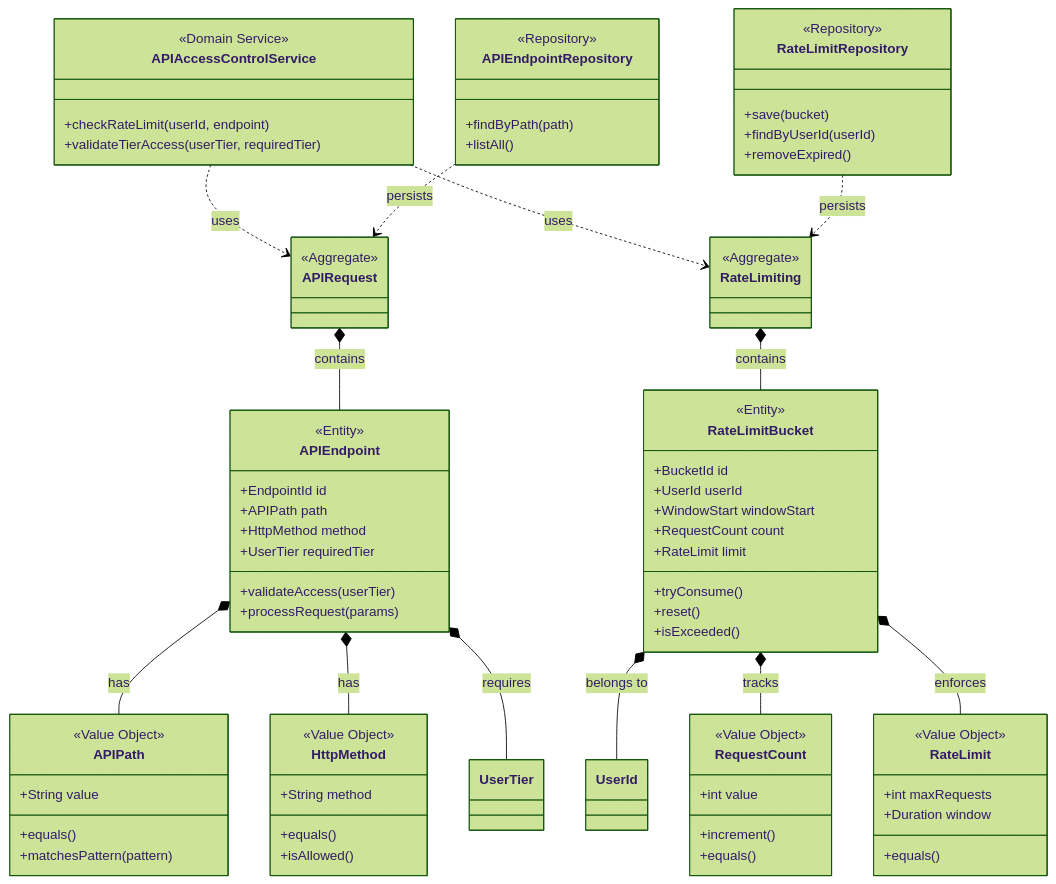
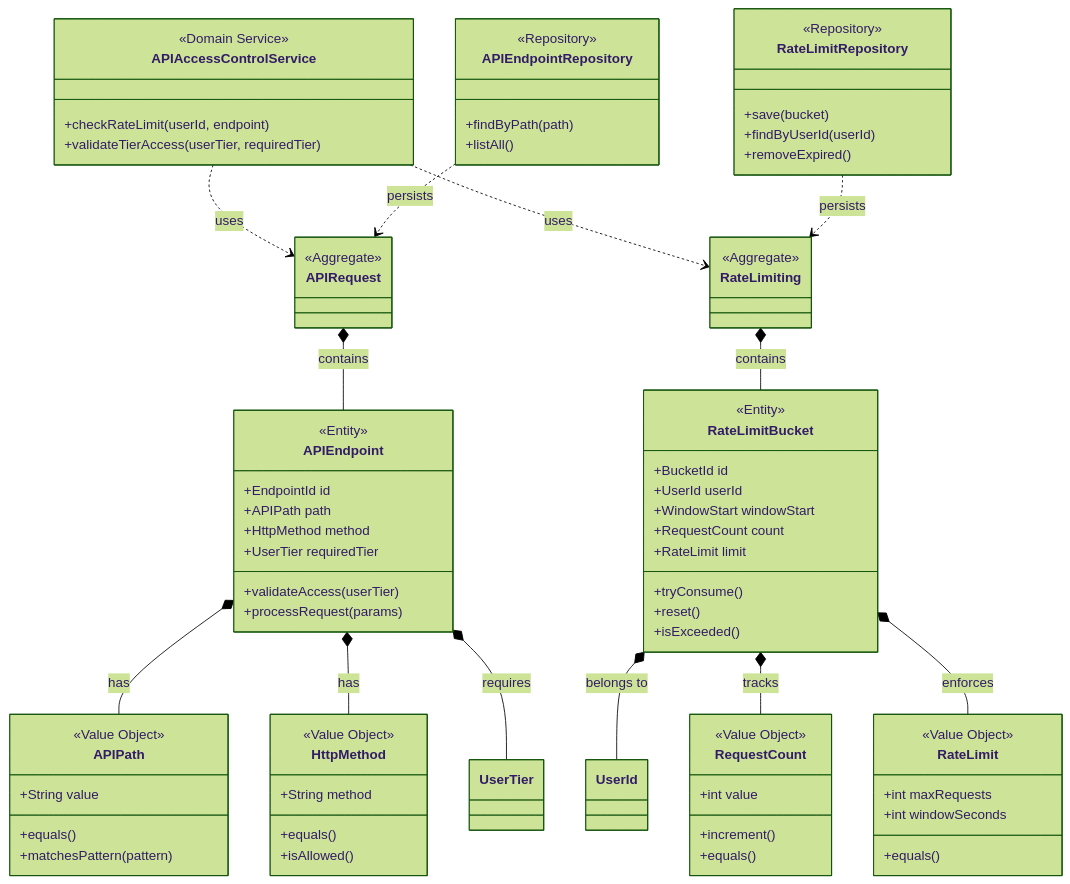
One commit to hydrangeas/redis-test changed the second of 14 diagrams in docs/specs/step5-design.md. Above: the diagram before and after it, drawn with Mermaid (forest theme). The commit also changed other lines of this file, not shown here.

```diff
--- a/docs/specs/step5-design.md
+++ b/docs/specs/step5-design.md
@@ -154,7 +122,7 @@
     class RateLimit {
         <<Value Object>>
         +int maxRequests
-        +Duration window
+        +int windowSeconds
         +equals()
     }
     
```
